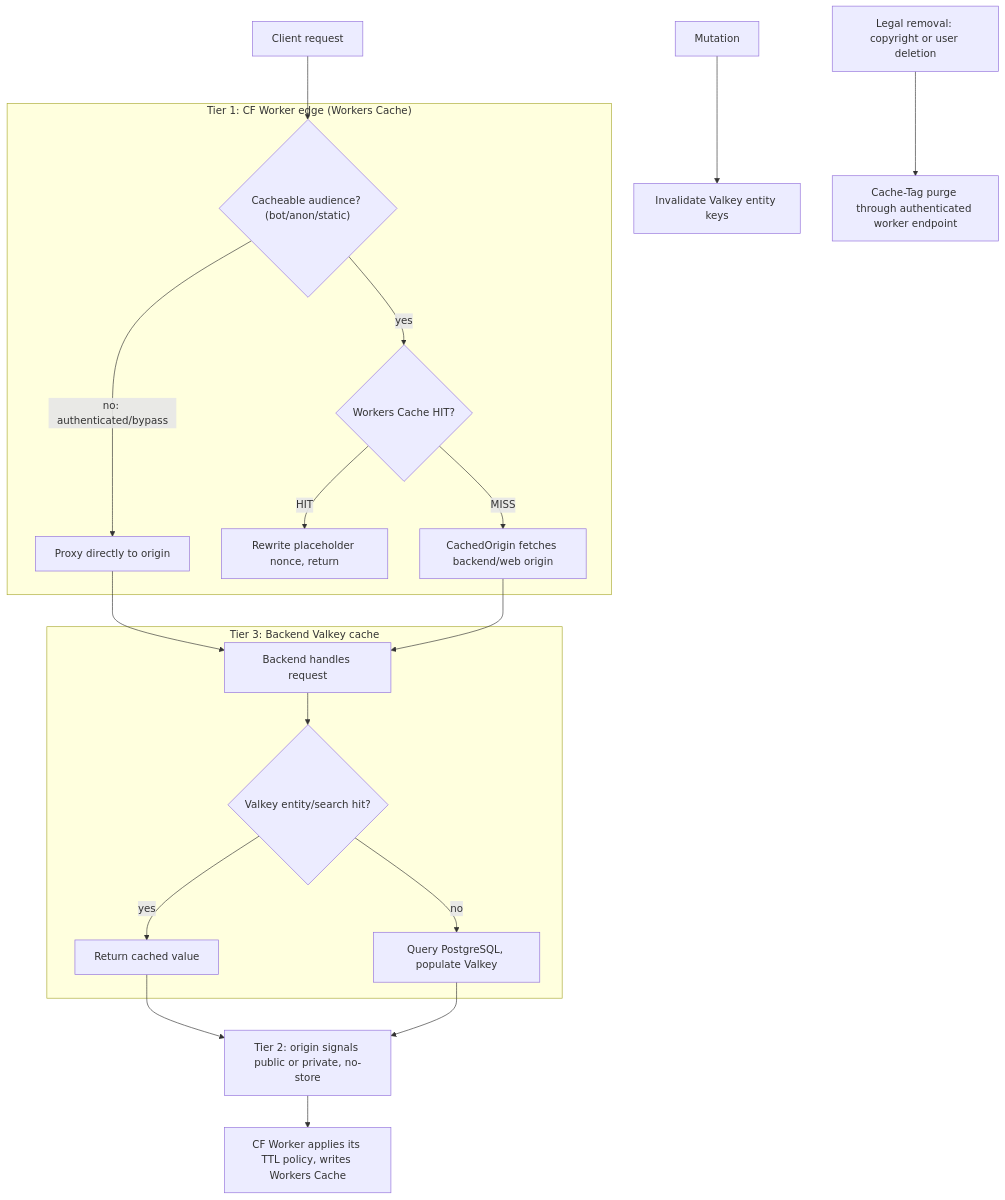
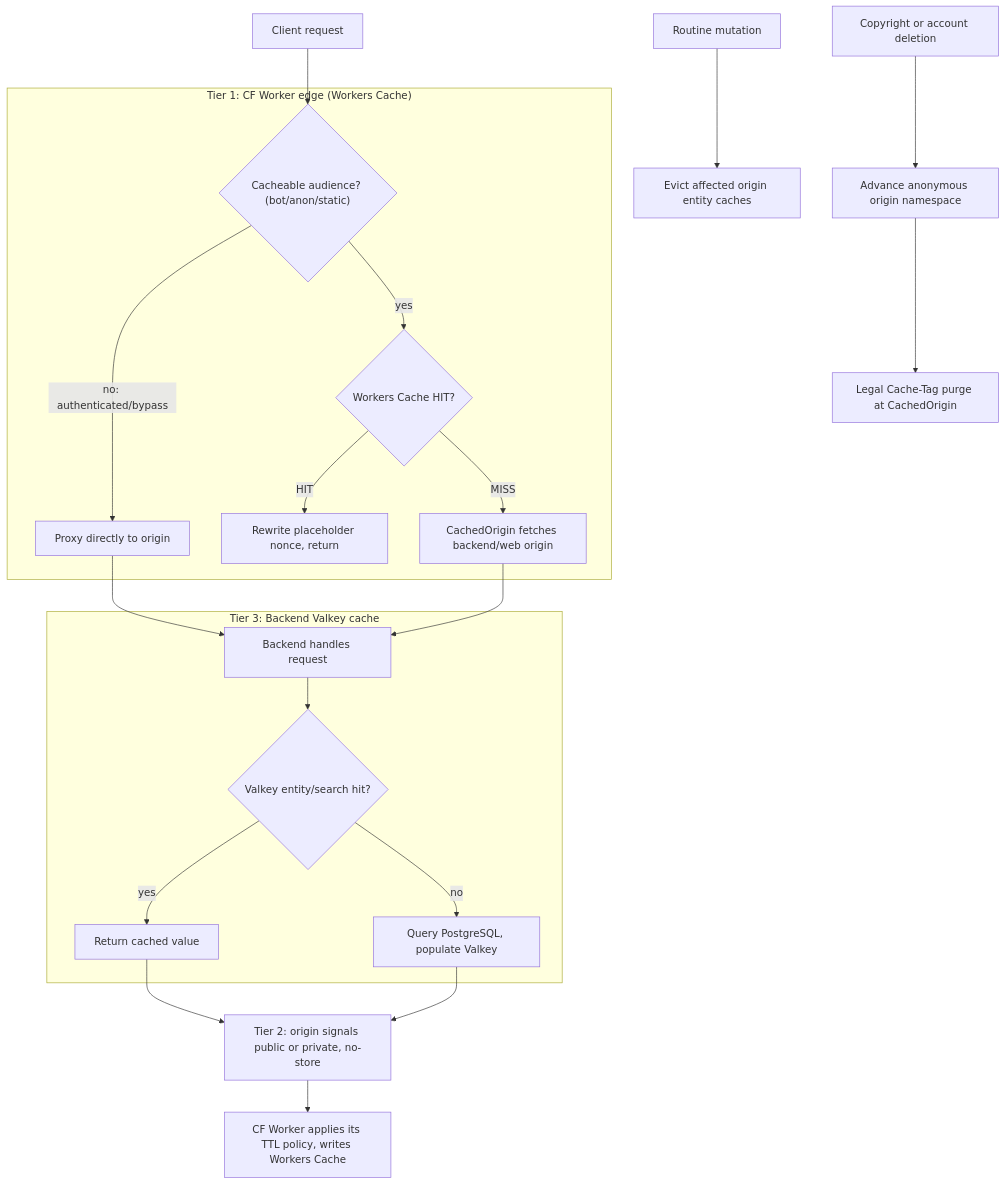
Before and after one commit to vouchington/vouchington: the diagram in docs/overview/architecture/reference-caching-strategy-cache-tiers.md, drawn with Mermaid. The commit also changed other lines of this file and 121 other files, not shown here.

First line of the commit message:
fix(cache): cache anonymous origin reads behind a legal generation

````diff
--- a/docs/overview/architecture/reference-caching-strategy-cache-tiers.md
+++ b/docs/overview/architecture/reference-caching-strategy-cache-tiers.md
@@ -11,22 +11,23 @@
 ```mermaid
 flowchart TD
     Req[Client request] --> Aud
     subgraph Tier1["Tier 1: CF Worker edge (Workers Cache)"]
         Aud{"Cacheable audience? (bot/anon/static)"} -- "no: authenticated/bypass" --> Bypass["Proxy directly to origin"]
         Aud -- yes --> Hit{"Workers Cache HIT?"}
         Hit -- HIT --> Rewrite["Rewrite placeholder nonce, return"]
         Hit -- MISS --> Origin["CachedOrigin fetches backend/web origin"]
     end
     Bypass --> Backend["Backend handles request"]
     Origin --> Backend
     subgraph Tier3["Tier 3: Backend Valkey cache"]
         Backend --> VCheck{"Valkey entity/search hit?"}
         VCheck -- yes --> VHit["Return cached value"]
         VCheck -- no --> PG["Query PostgreSQL, populate Valkey"]
     end
     VHit --> Headers["Tier 2: origin signals public or private, no-store"]
     PG --> Headers
     Headers --> EdgeWrite["CF Worker applies its TTL policy, writes Workers Cache"]
-    Mutation["Mutation"] --> Invalidate["Invalidate Valkey entity keys"]
-    Legal["Legal removal: copyright or user deletion"] --> Purge["Cache-Tag purge through authenticated worker endpoint"]
+    Mutation["Routine mutation"] --> Invalidate["Evict affected origin entity caches"]
+    Legal["Copyright or account deletion"] --> Fence["Advance anonymous origin namespace"]
+    Fence --> Purge["Legal Cache-Tag purge at CachedOrigin"]
 ```
````
